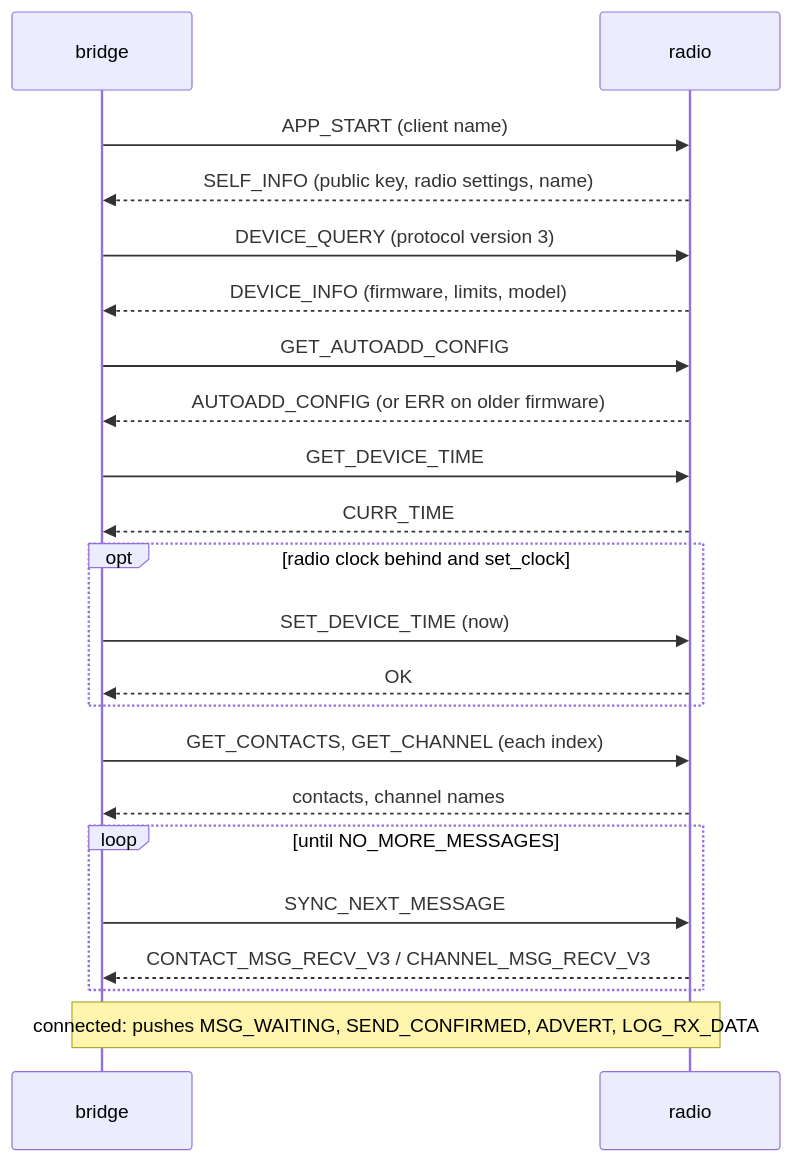
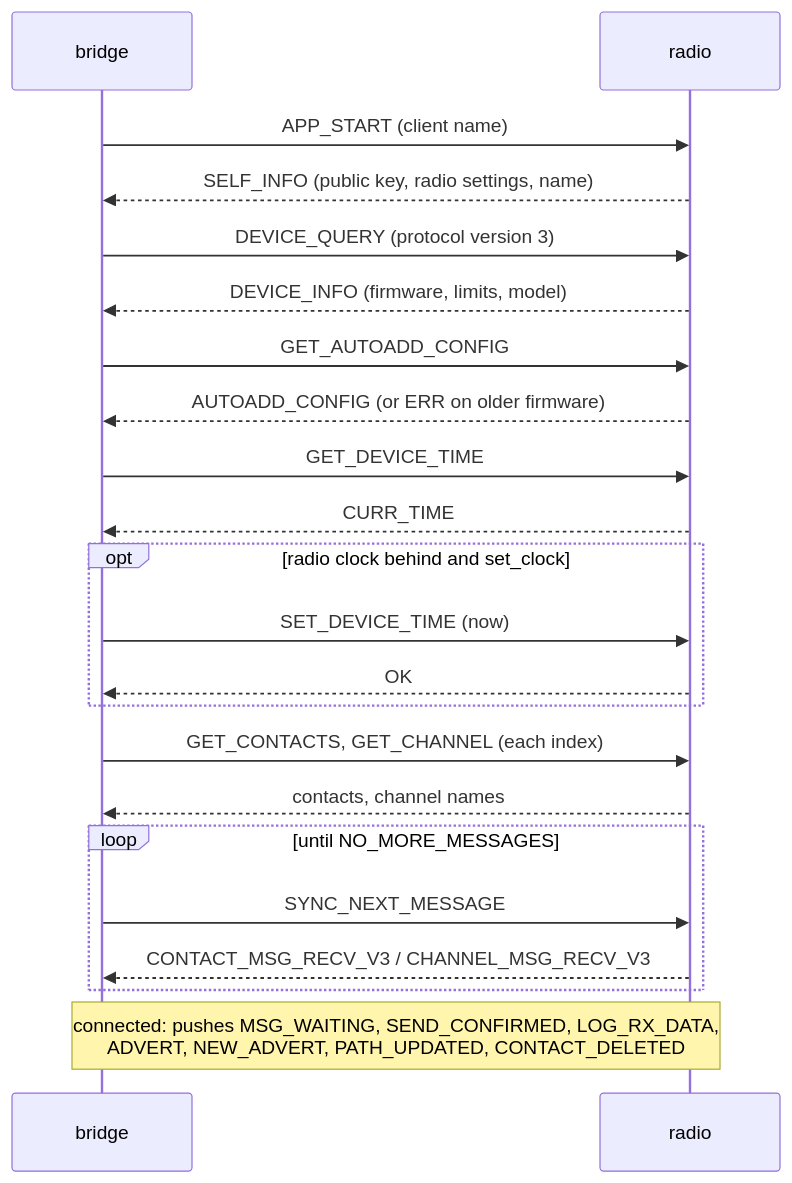
One commit to dkuenzel/meshcore-home-gateway changed the third of 4 diagrams in docs/design.md. Above: the diagram before and after it, drawn with Mermaid. The commit also changed other lines of this file and 22 other files, not shown here.

````diff
--- a/docs/design.md
+++ b/docs/design.md
@@ -202,24 +202,24 @@
 ```mermaid
 sequenceDiagram
     participant B as bridge
     participant R as radio
     B->>R: APP_START (client name)
     R-->>B: SELF_INFO (public key, radio settings, name)
     B->>R: DEVICE_QUERY (protocol version 3)
     R-->>B: DEVICE_INFO (firmware, limits, model)
     B->>R: GET_AUTOADD_CONFIG
     R-->>B: AUTOADD_CONFIG (or ERR on older firmware)
     B->>R: GET_DEVICE_TIME
     R-->>B: CURR_TIME
     opt radio clock behind and set_clock
         B->>R: SET_DEVICE_TIME (now)
         R-->>B: OK
     end
     B->>R: GET_CONTACTS, GET_CHANNEL (each index)
     R-->>B: contacts, channel names
     loop until NO_MORE_MESSAGES
         B->>R: SYNC_NEXT_MESSAGE
         R-->>B: CONTACT_MSG_RECV_V3 / CHANNEL_MSG_RECV_V3
     end
-    Note over B,R: connected: pushes MSG_WAITING, SEND_CONFIRMED, ADVERT, LOG_RX_DATA
+    Note over B,R: connected: pushes MSG_WAITING, SEND_CONFIRMED, LOG_RX_DATA,<br/>ADVERT, NEW_ADVERT, PATH_UPDATED, CONTACT_DELETED
 ```
````
